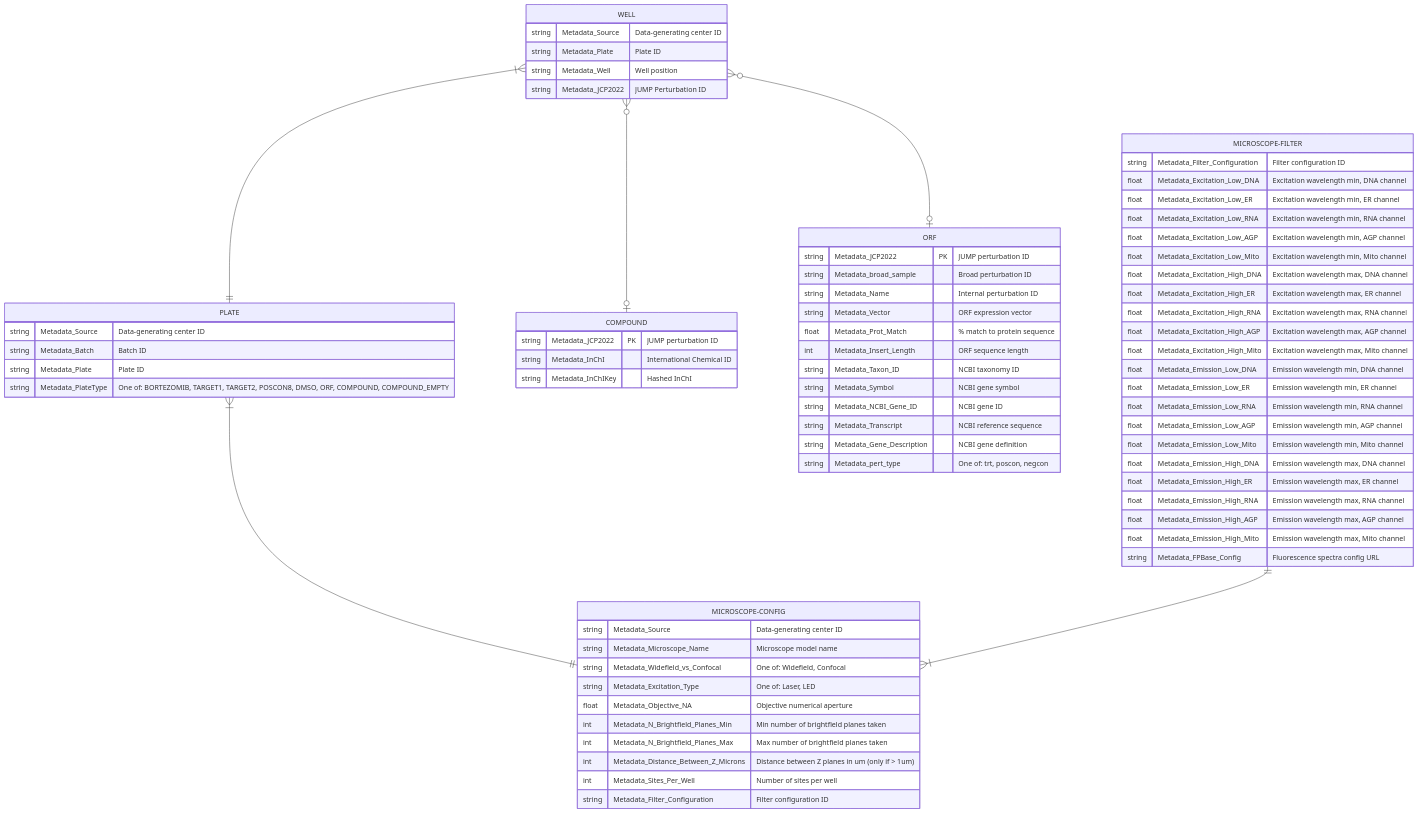
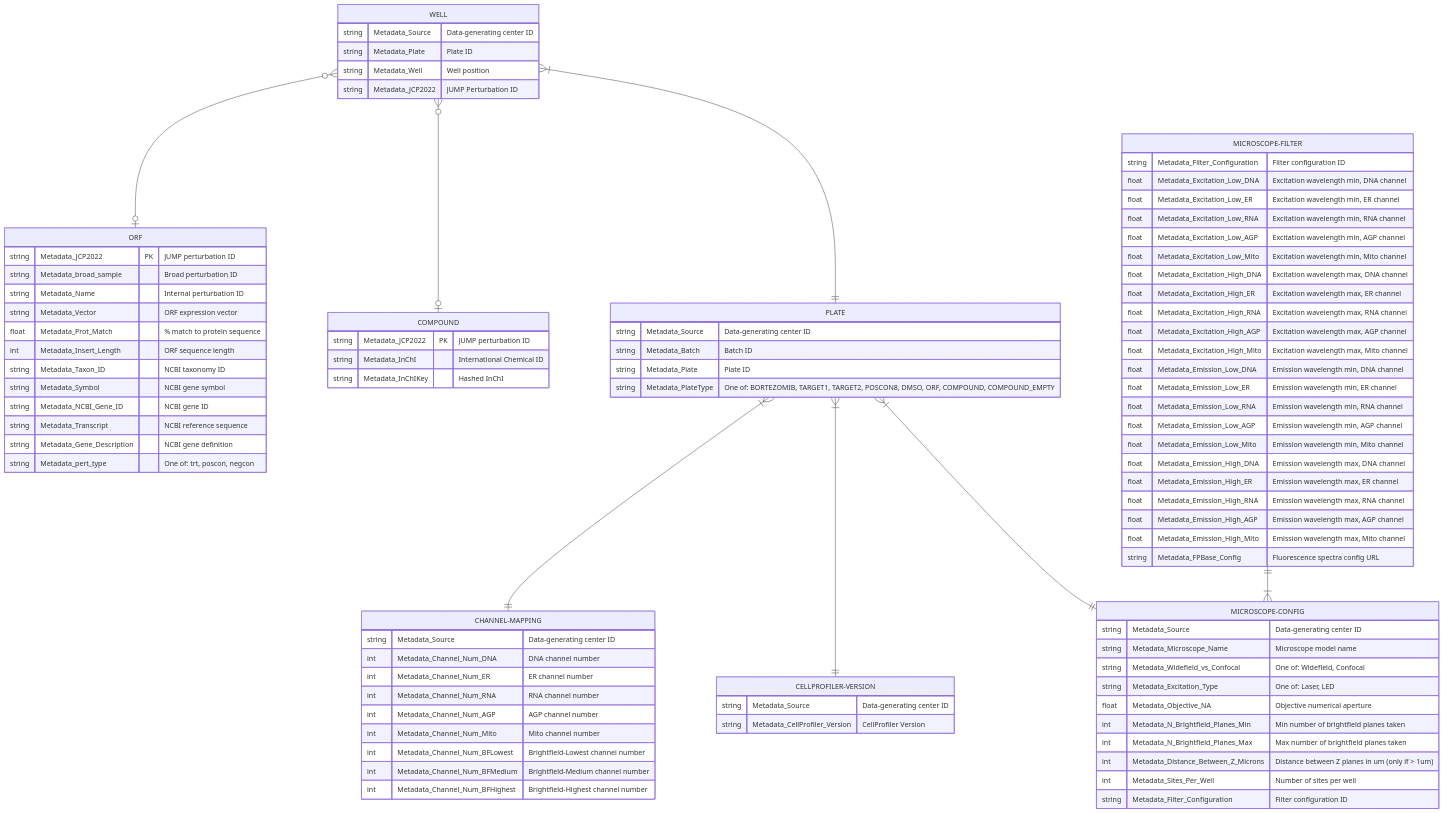
Before and after one commit to jump-cellpainting/datasets: the diagram in metadata/README.md, drawn with Mermaid.

Commit message:
Update Schema

````diff
--- a/metadata/README.md
+++ b/metadata/README.md
@@ -77,4 +77,21 @@
         float Metadata_Emission_High_Mito "Emission wavelength max, Mito channel"
         string Metadata_FPBase_Config "Fluorescence spectra config URL"
     }
+    PLATE }|--|| CELLPROFILER-VERSION : ""
+    CELLPROFILER-VERSION {
+        string Metadata_Source "Data-generating center ID"
+        string Metadata_CellProfiler_Version "CellProfiler Version"
+    }    
+    PLATE }|--|| CHANNEL-MAPPING : ""
+    CHANNEL-MAPPING {
+        string Metadata_Source "Data-generating center ID"
+        int Metadata_Channel_Num_DNA "DNA channel number"
+        int Metadata_Channel_Num_ER "ER channel number"
+        int Metadata_Channel_Num_RNA "RNA channel number"
+        int Metadata_Channel_Num_AGP "AGP channel number"
+        int Metadata_Channel_Num_Mito "Mito channel number"
+        int Metadata_Channel_Num_BFLowest "Brightfield-Lowest channel number"
+        int Metadata_Channel_Num_BFMedium "Brightfield-Medium channel number"
+        int Metadata_Channel_Num_BFHighest "Brightfield-Highest channel number"
+    }    
 ```
````
